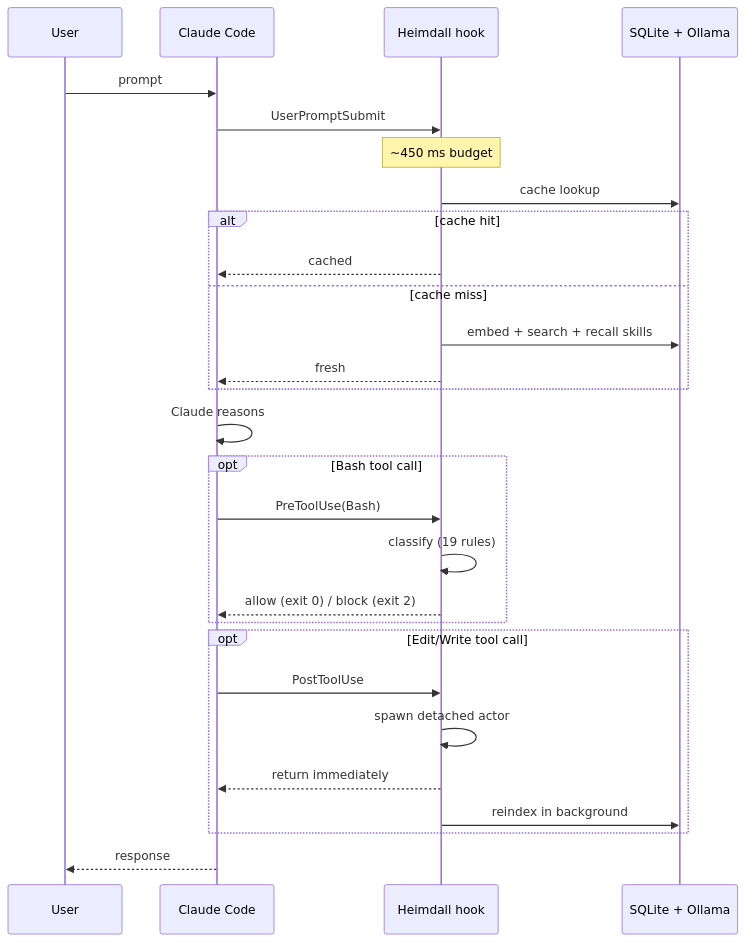
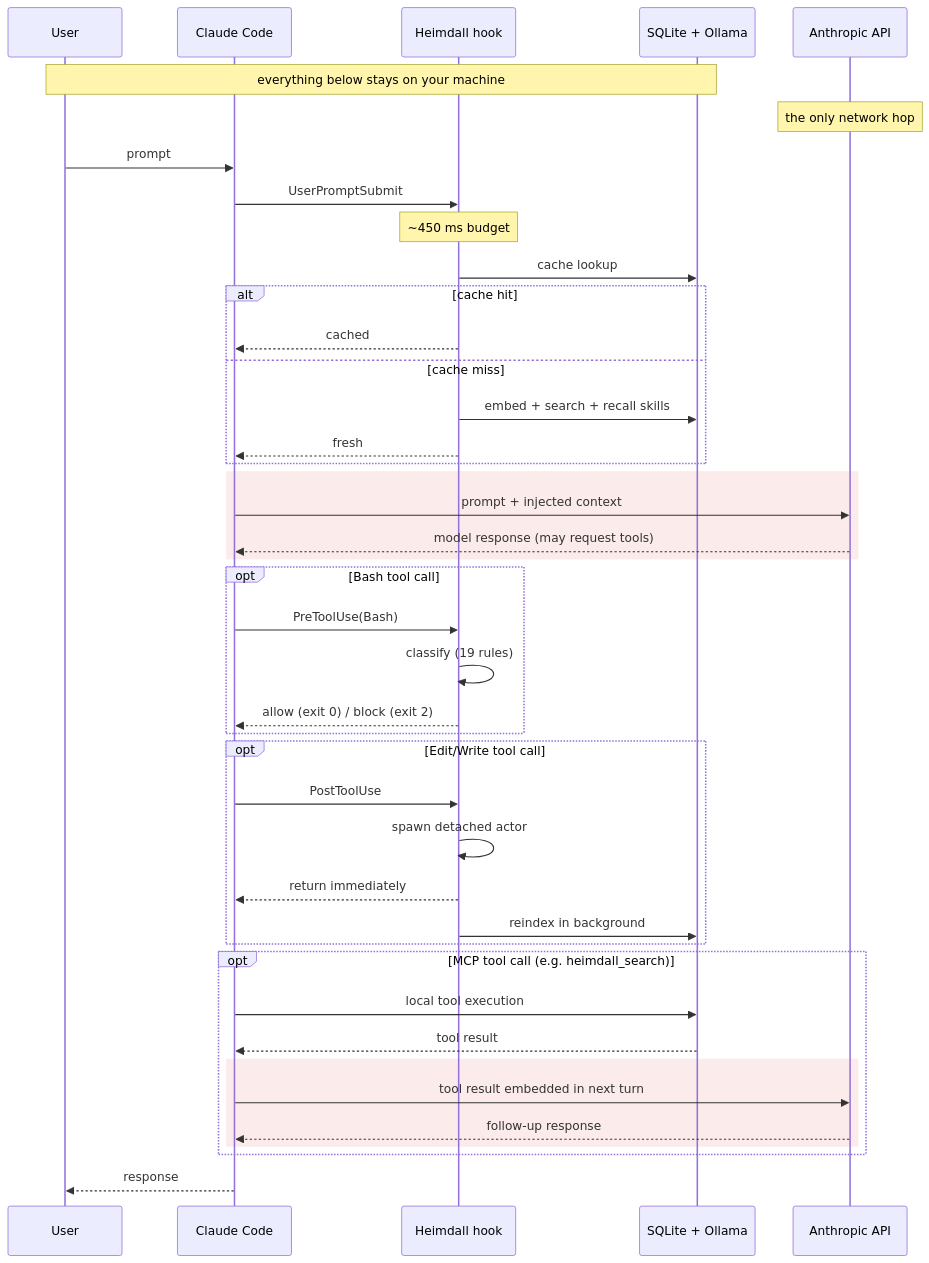
The second of 2 diagrams in README.md (revprism-dev-bot/heimdall-mcp), drawn with Mermaid before and after one commit. The commit also changed other lines of this file, not shown here.

First line of the commit message:
docs(readme): clarify Anthropic API boundary vs local-only Heimdall work (#71)

````diff
--- a/README.md
+++ b/README.md
@@ -54,31 +63,46 @@
 ```mermaid
 sequenceDiagram
     participant U as User
     participant CC as Claude Code
     participant H as Heimdall hook
     participant DB as SQLite + Ollama
+    participant API as Anthropic API
+
+    Note over U,DB: everything below stays on your machine
+    Note over API: the only network hop
 
     U->>CC: prompt
     CC->>H: UserPromptSubmit
     Note over H: ~450 ms budget
     H->>DB: cache lookup
     alt cache hit
         H-->>CC: cached ## Heimdall context
     else cache miss
         H->>DB: embed + search + recall skills
         H-->>CC: fresh ## Heimdall context
     end
-    CC->>CC: Claude reasons
+    rect rgba(200, 0, 0, 0.08)
+        CC->>API: prompt + injected context
+        API-->>CC: model response (may request tools)
+    end
     opt Bash tool call
         CC->>H: PreToolUse(Bash)
         H->>H: classify (19 rules)
         H-->>CC: allow (exit 0) / block (exit 2)
     end
     opt Edit/Write tool call
         CC->>H: PostToolUse
         H->>H: spawn detached actor
         H-->>CC: return immediately
         H->>DB: reindex in background
     end
+    opt MCP tool call (e.g. heimdall_search)
+        CC->>DB: local tool execution
+        DB-->>CC: tool result
+        rect rgba(200, 0, 0, 0.08)
+            CC->>API: tool result embedded in next turn
+            API-->>CC: follow-up response
+        end
+    end
     CC-->>U: response
 ```
````
